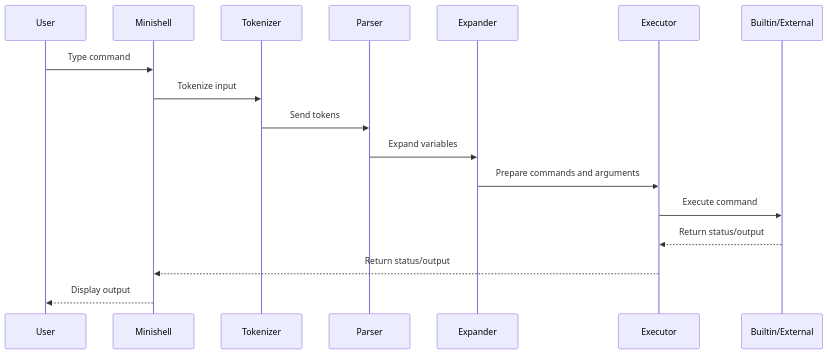
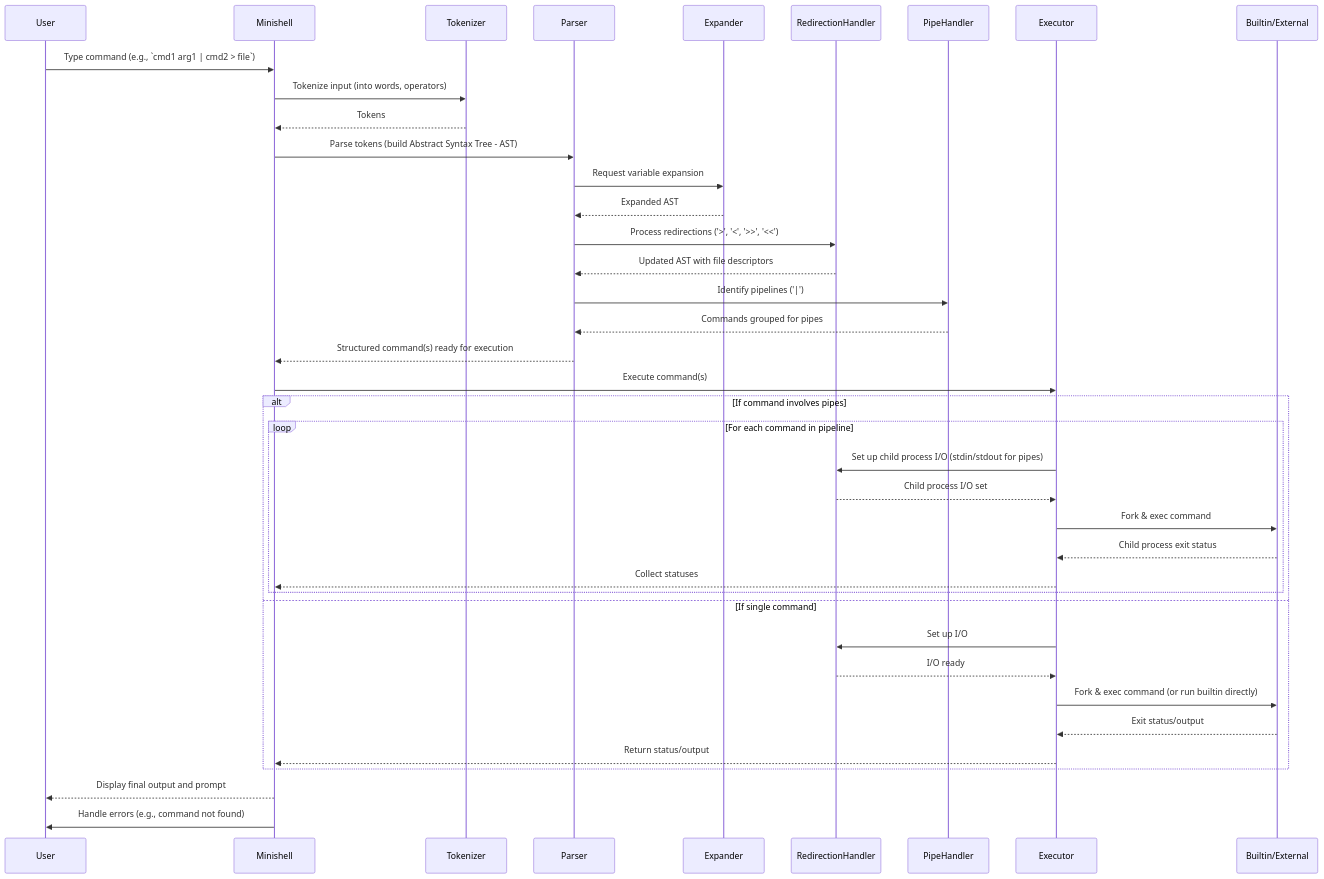
One commit to Oalananz/Minishell-42 changed the diagram in README.md. Above: the diagram before and after it, drawn with Mermaid. The commit also changed other lines of this file, not shown here.

````diff
--- a/README.md
+++ b/README.md
@@ -130,20 +129,44 @@
 ```mermaid
 sequenceDiagram
     participant User
     participant Minishell
     participant Tokenizer
     participant Parser
     participant Expander
+    participant RedirectionHandler
+    participant PipeHandler
     participant Executor
     participant Builtin/External
 
-    User->>Minishell: Type command
-    Minishell->>Tokenizer: Tokenize input
-    Tokenizer->>Parser: Send tokens
-    Parser->>Expander: Expand variables
-    Expander->>Executor: Prepare commands and arguments
-    Executor->>Builtin/External: Execute command
-    Builtin/External-->>Executor: Return status/output
-    Executor-->>Minishell: Return status/output
-    Minishell-->>User: Display output
+    User->>Minishell: Type command (e.g., `cmd1 arg1 | cmd2 > file`)
+    Minishell->>Tokenizer: Tokenize input (into words, operators)
+    Tokenizer-->>Minishell: Tokens
+    Minishell->>Parser: Parse tokens (build Abstract Syntax Tree - AST)
+    Parser->>Expander: Request variable expansion
+    Expander-->>Parser: Expanded AST
+    Parser->>RedirectionHandler: Process redirections ('>', '<', '>>', '<<')
+    RedirectionHandler-->>Parser: Updated AST with file descriptors
+    Parser->>PipeHandler: Identify pipelines ('|')
+    PipeHandler-->>Parser: Commands grouped for pipes
+    Parser-->>Minishell: Structured command(s) ready for execution
+    Minishell->>Executor: Execute command(s)
+    
+    alt If command involves pipes
+        loop For each command in pipeline
+            Executor->>RedirectionHandler: Set up child process I/O (stdin/stdout for pipes)
+            RedirectionHandler-->>Executor: Child process I/O set
+            Executor->>Builtin/External: Fork & exec command
+            Builtin/External-->>Executor: Child process exit status
+            Executor-->>Minishell: Collect statuses
+        end
+    else If single command
+        Executor->>RedirectionHandler: Set up I/O
+        RedirectionHandler-->>Executor: I/O ready
+        Executor->>Builtin/External: Fork & exec command (or run builtin directly)
+        Builtin/External-->>Executor: Exit status/output
+        Executor-->>Minishell: Return status/output
+    end
+    
+    Minishell-->>User: Display final output and prompt
+    Minishell->>User: Handle errors (e.g., command not found)
 ```
````
